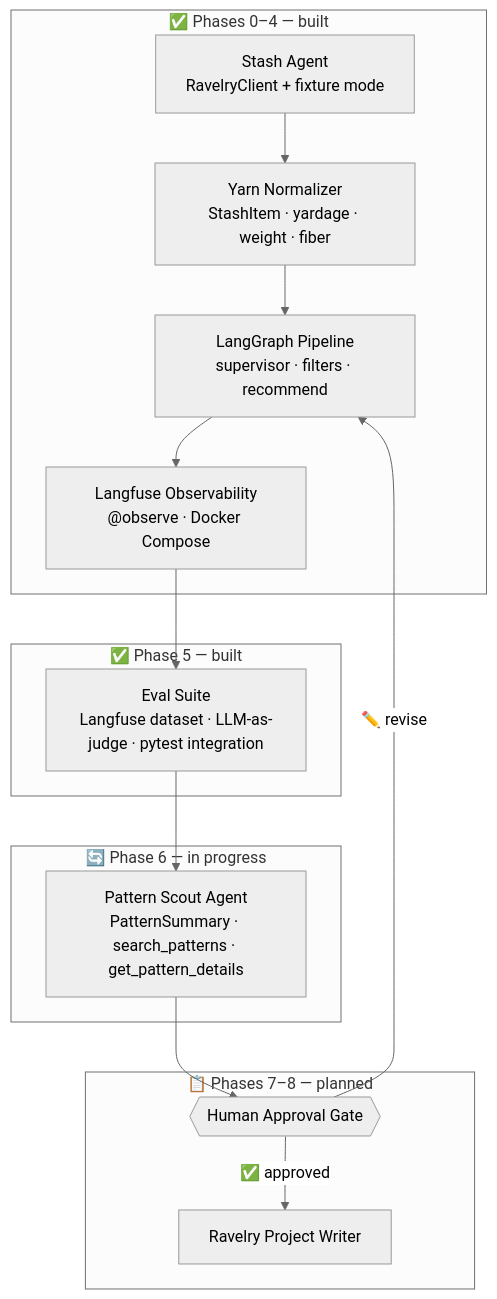
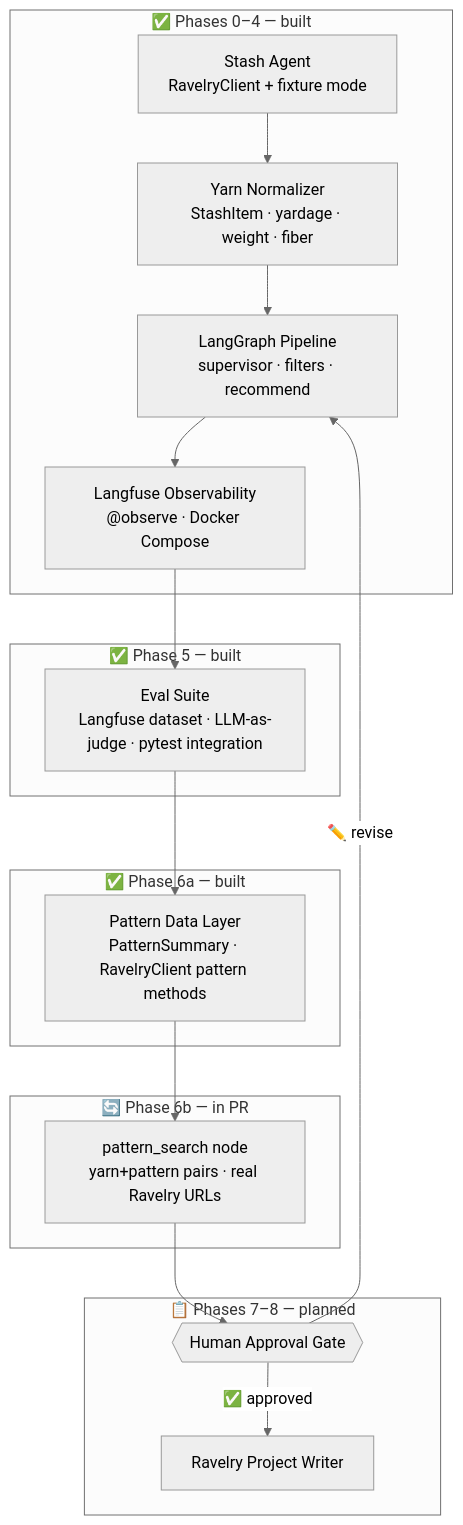
Before and after one commit to ReneeErnst/skein-minder: the second of 2 diagrams in README.md, drawn with Mermaid (neutral theme). The commit also changed other lines of this file and 2 other files, not shown here.

First line of the commit message:
docs: update RESEARCH.md, CLAUDE.md, README.md for Phase 6b

````diff
--- a/README.md
+++ b/README.md
@@ -39,27 +41,31 @@
 ```mermaid
 flowchart TD
     subgraph built ["✅ Phases 0–4 — built"]
         Stash["Stash Agent\nRavelryClient + fixture mode"]
         Norm["Yarn Normalizer\nStashItem · yardage · weight · fiber"]
         Graph["LangGraph Pipeline\nsupervisor · filters · recommend"]
         Obs["Langfuse Observability\n@observe · Docker Compose"]
     end
 
     subgraph built2 ["✅ Phase 5 — built"]
         Eval["Eval Suite\nLangfuse dataset · LLM-as-judge · pytest integration"]
     end
 
-    subgraph inprogress ["🔄 Phase 6 — in progress"]
-        Pattern["Pattern Scout Agent\nPatternSummary · search_patterns · get_pattern_details"]
+    subgraph built3 ["✅ Phase 6a — built"]
+        PatternData["Pattern Data Layer\nPatternSummary · RavelryClient pattern methods"]
+    end
+
+    subgraph inprogress ["🔄 Phase 6b — in PR"]
+        PatternSearch["pattern_search node\nyarn+pattern pairs · real Ravelry URLs"]
     end
 
     subgraph future ["📋 Phases 7–8 — planned"]
         Gate{{"Human Approval Gate"}}
         Writer["Ravelry Project Writer"]
     end
 
     Stash --> Norm --> Graph --> Obs --> Eval
-    Eval --> Pattern --> Gate -->|"✅ approved"| Writer
+    Eval --> PatternData --> PatternSearch --> Gate -->|"✅ approved"| Writer
     Gate -->|"✏️ revise"| Graph
 
 ```
````
